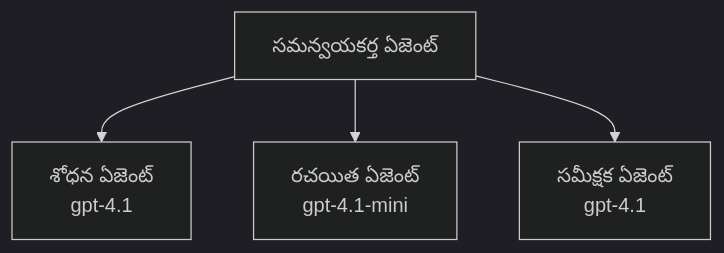
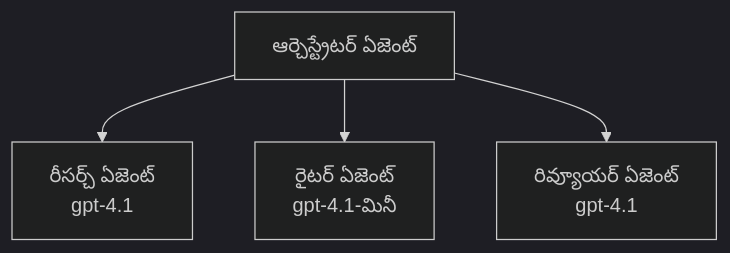
One commit to microsoft/AZD-for-beginners changed the third of 3 diagrams in translations/te/docs/chapter-02-ai-development/agents.md. Above: the diagram before and after it, drawn with Mermaid (dark theme). The commit also changed other lines of this file and 59 other files, not shown here.

````diff
--- a/translations/te/docs/chapter-02-ai-development/agents.md
+++ b/translations/te/docs/chapter-02-ai-development/agents.md
@@ -201,6 +201,6 @@
 ```mermaid
 graph TD
-    Orchestrator[సమన్వయకర్త ఏజెంట్] --> Research[శోధన ఏజెంట్<br/>gpt-4.1]
-    Orchestrator --> Writer[రచయిత ఏజెంట్<br/>gpt-4.1-mini]
-    Orchestrator --> Reviewer[సమీక్షక ఏజెంట్<br/>gpt-4.1]
+    Orchestrator[ఆర్చెస్ట్రేటర్ ఏజెంట్] --> Research[రీసర్చ్ ఏజెంట్<br/>gpt-4.1]
+    Orchestrator --> Writer[రైటర్ ఏజెంట్<br/>gpt-4.1-మినీ]
+    Orchestrator --> Reviewer[రివ్యూయర్ ఏజెంట్<br/>gpt-4.1]
 ```
````
